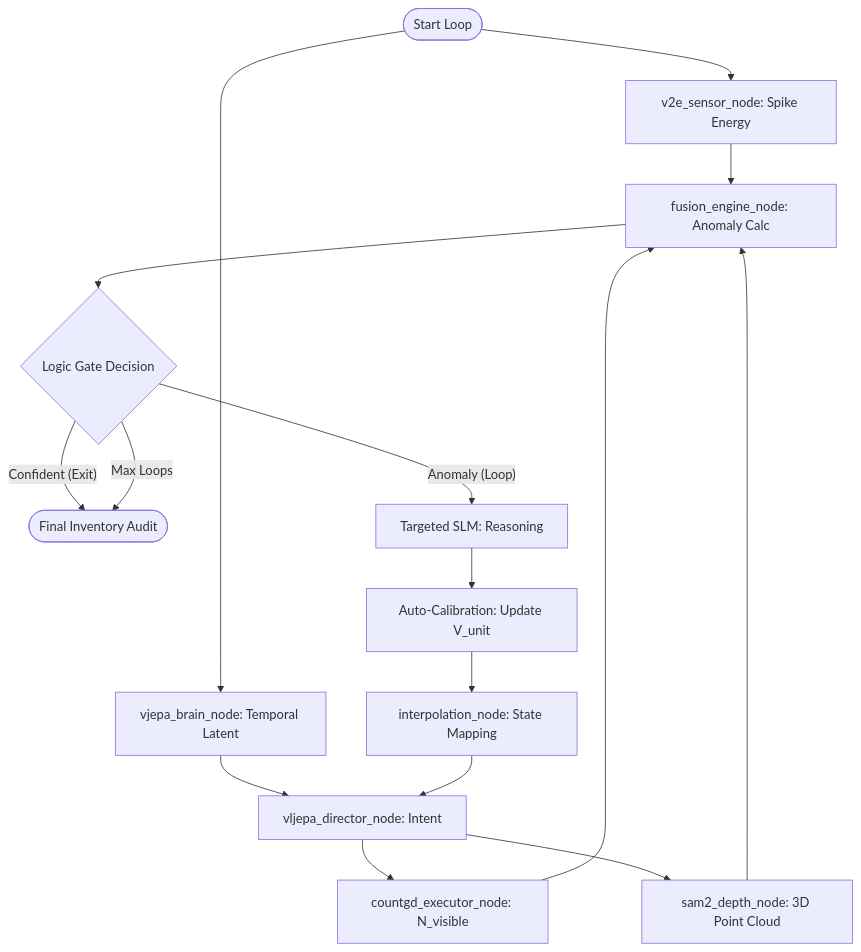
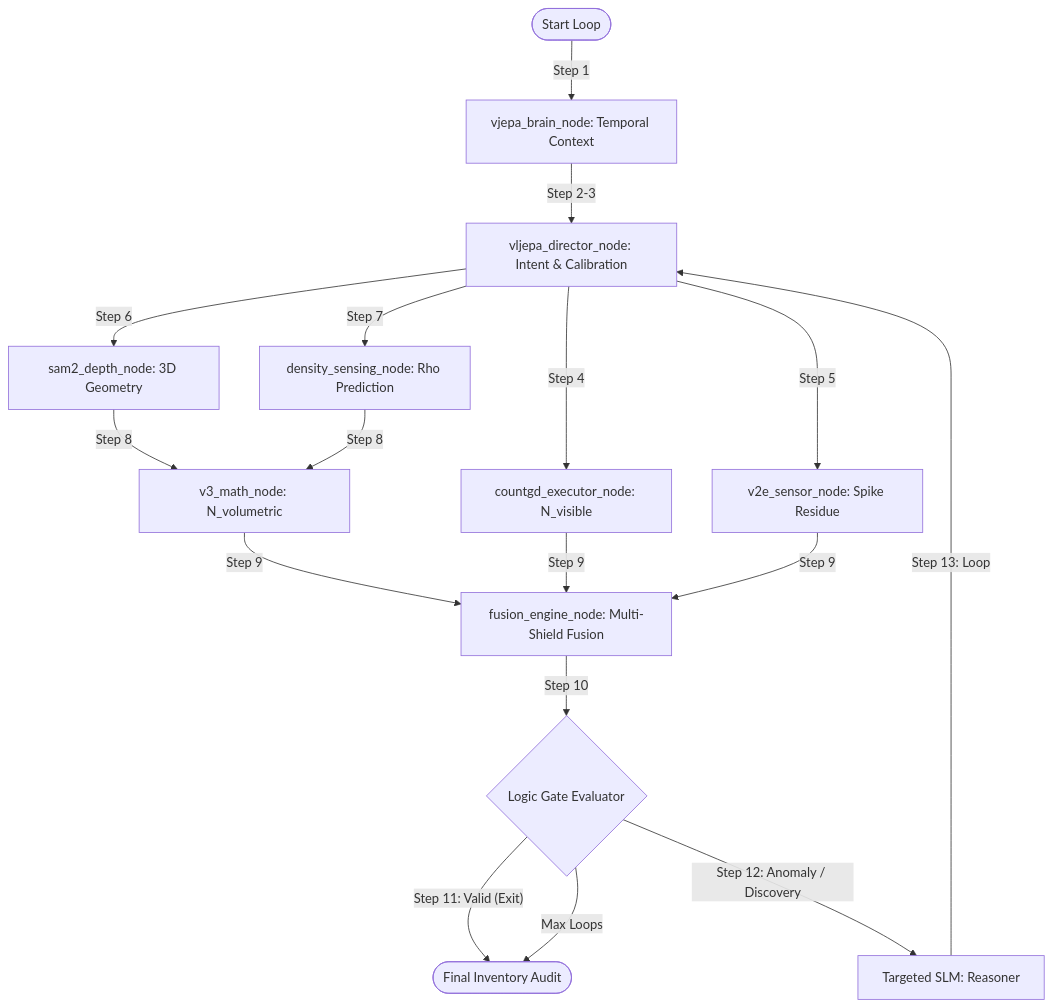
One commit to Yonnnnnnnnn/numeri-vjepa-experiment changed the diagram in Flow_Chart.md. Above: the diagram before and after it, drawn with Mermaid. The commit also changed 153 other files, not shown here.

````diff
--- a/Flow_Chart.md
+++ b/Flow_Chart.md
@@ -24,25 +24,27 @@
 ```mermaid
 flowchart TD
-    Start([Start Loop]) --> v2e_sensor_node[v2e_sensor_node: Spike Energy]
-    Start --> vjepa_brain_node[vjepa_brain_node: Temporal Latent]
+    %% Phase 0: Anchor
+    Start([Start Loop]) -- "Step 1" --> vjepa_brain_node[vjepa_brain_node: Temporal Context]
+    vjepa_brain_node -- "Step 2-3" --> vljepa_director_node[vljepa_director_node: Intent & Calibration]
 
-    vjepa_brain_node --> vljepa_director_node[vljepa_director_node: Intent]
+    %% Phase 1: Orbit
+    vljepa_director_node -- "Step 4" --> countgd_executor_node[countgd_executor_node: N_visible]
+    vljepa_director_node -- "Step 5" --> v2e_sensor_node[v2e_sensor_node: Spike Residue]
+    vljepa_director_node -- "Step 6" --> sam2_depth_node[sam2_depth_node: 3D Geometry]
+    vljepa_director_node -- "Step 7" --> density_sensing_node[density_sensing_node: Rho Prediction]
 
-    vljepa_director_node --> countgd_executor_node[countgd_executor_node: N_visible]
-    vljepa_director_node --> sam2_depth_node[sam2_depth_node: 3D Point Cloud]
+    %% Phase 2: Audit
+    sam2_depth_node & density_sensing_node -- "Step 8" --> v3_math_node[v3_math_node: N_volumetric]
+    v3_math_node & countgd_executor_node & v2e_sensor_node -- "Step 9" --> fusion_engine_node[fusion_engine_node: Multi-Shield Fusion]
 
-    countgd_executor_node --> fusion_engine_node[fusion_engine_node: Anomaly Calc]
-    sam2_depth_node --> fusion_engine_node
-    v2e_sensor_node --> fusion_engine_node
+    %% Phase 3: Reconciliation
+    fusion_engine_node -- "Step 10" --> logic_gate_node{Logic Gate Evaluator}
 
-    fusion_engine_node --> logic_gate_node{Logic Gate Decision}
+    logic_gate_node -- "Step 11: Valid (Exit)" --> End([Final Inventory Audit])
 
-    logic_gate_node -- "Confident (Exit)" --> End([Final Inventory Audit])
+    logic_gate_node -- "Step 12: Anomaly / Discovery" --> targeted_slm_node[Targeted SLM: Reasoner]
+    targeted_slm_node -- "Step 13: Loop" --> vljepa_director_node
 
-    logic_gate_node -- "Anomaly (Loop)" --> targeted_slm_node[Targeted SLM: Reasoning]
-    targeted_slm_node --> calib[Auto-Calibration: Update V_unit]
-    calib --> interpolation_node[interpolation_node: State Mapping]
-    interpolation_node --> vljepa_director_node
-
+    %% Failsafe
     logic_gate_node -- "Max Loops" --> End
 ```
````
